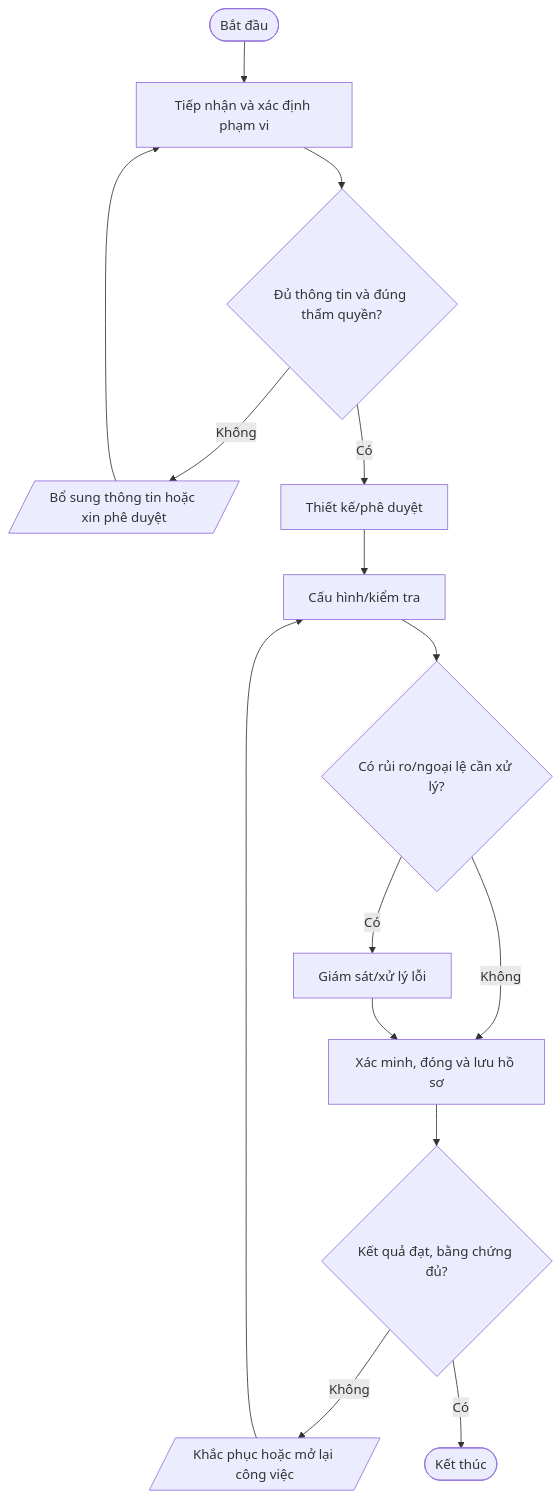
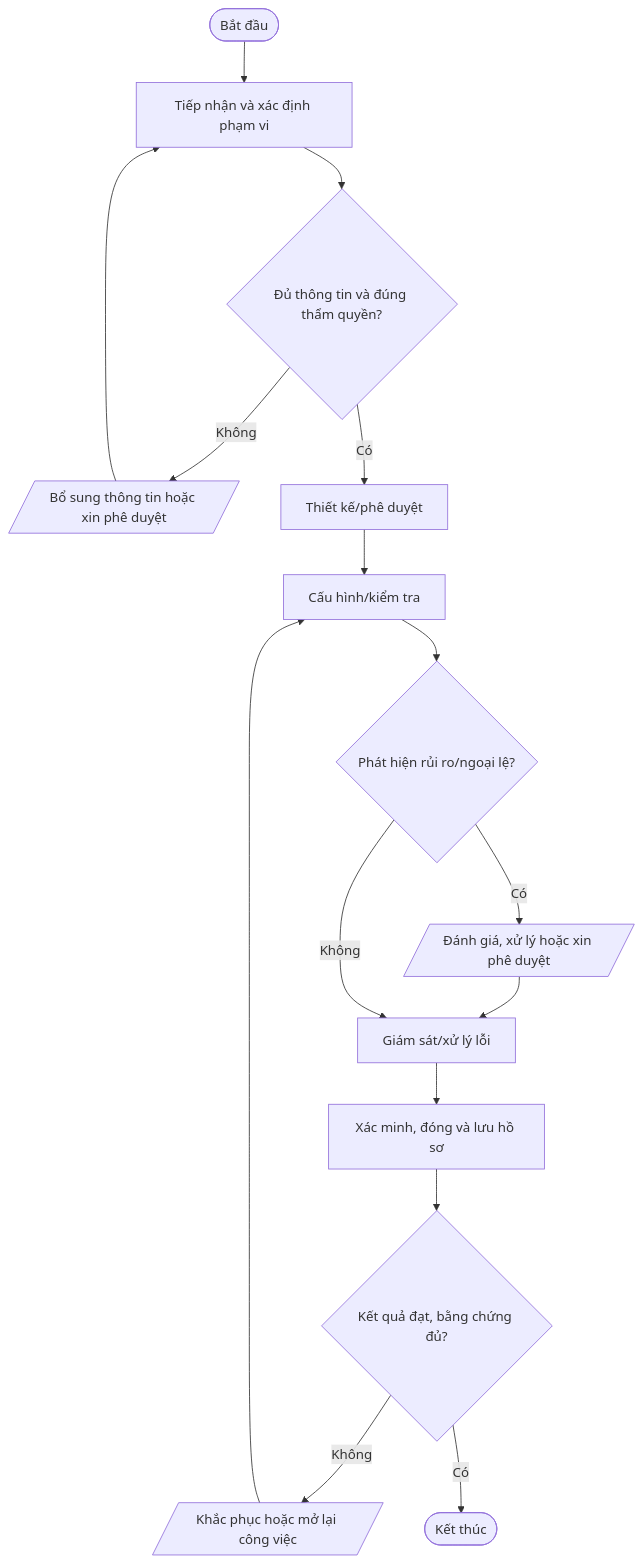
The first of 5 diagrams in quy-trinh/04-Backup-BCP-DR/README.md (daoaigiangnam/Quy_Trinh_Chuan), drawn with Mermaid before and after one commit. The commit also changed other lines of this file, not shown here.

Commit message:
docs: correct procedure flowchart decision paths

````diff
--- a/quy-trinh/04-Backup-BCP-DR/README.md
+++ b/quy-trinh/04-Backup-BCP-DR/README.md
@@ -51,17 +51,18 @@
 ```mermaid
 flowchart TD
   A([Bắt đầu]) --> S1["Tiếp nhận và xác định phạm vi"]
   S1 --> D1{"Đủ thông tin và đúng thẩm quyền?"}
   D1 -- Không --> F1[/"Bổ sung thông tin hoặc xin phê duyệt"/]
   F1 --> S1
   D1 -- Có --> S2["Thiết kế/phê duyệt"]
   S2 --> S3["Cấu hình/kiểm tra"]
-  S3 --> D2{"Có rủi ro/ngoại lệ cần xử lý?"}
-  D2 -- Có --> S4["Giám sát/xử lý lỗi"]
-  D2 -- Không --> S5["Xác minh, đóng và lưu hồ sơ"]
-  S4 --> S5
+  S3 --> D2{"Phát hiện rủi ro/ngoại lệ?"}
+  D2 -- Có --> RISK[/"Đánh giá, xử lý hoặc xin phê duyệt"/]
+  RISK --> S4["Giám sát/xử lý lỗi"]
+  D2 -- Không --> S4
+  S4 --> S5["Xác minh, đóng và lưu hồ sơ"]
   S5 --> D3{"Kết quả đạt, bằng chứng đủ?"}
   D3 -- Không --> R[/"Khắc phục hoặc mở lại công việc"/]
   R --> S3
   D3 -- Có --> Z([Kết thúc])
 ```
````
